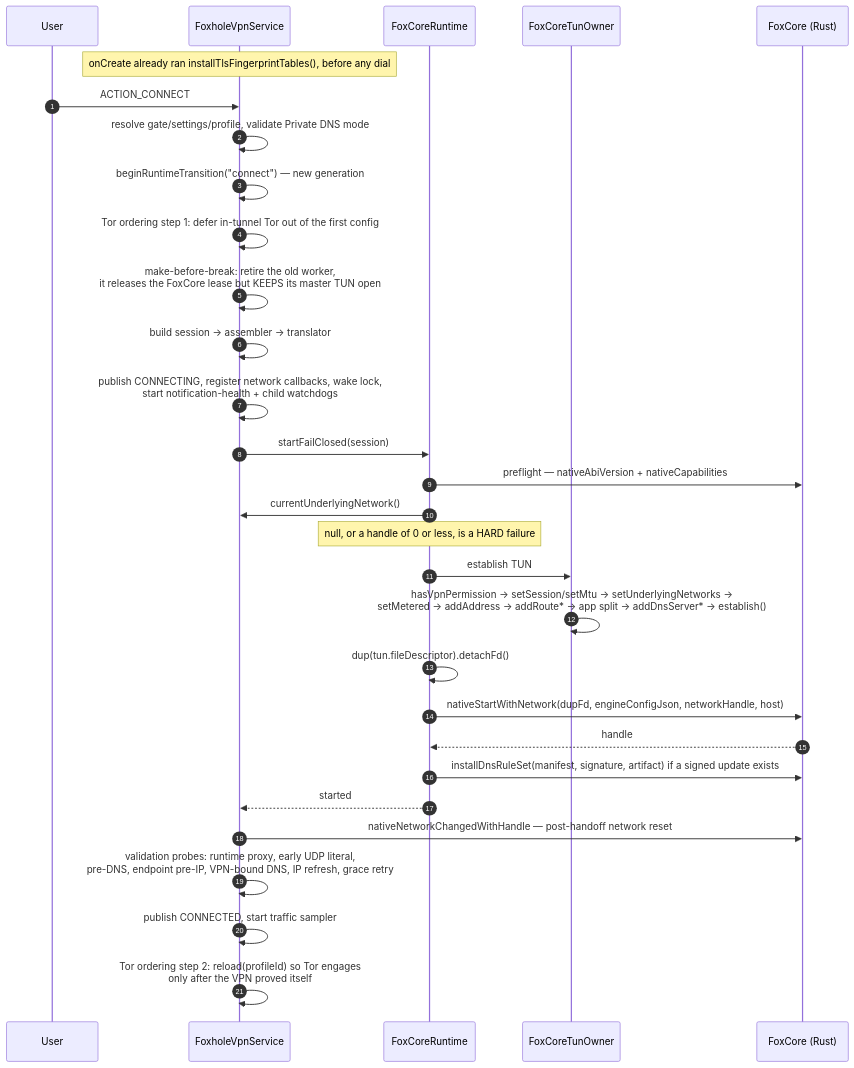
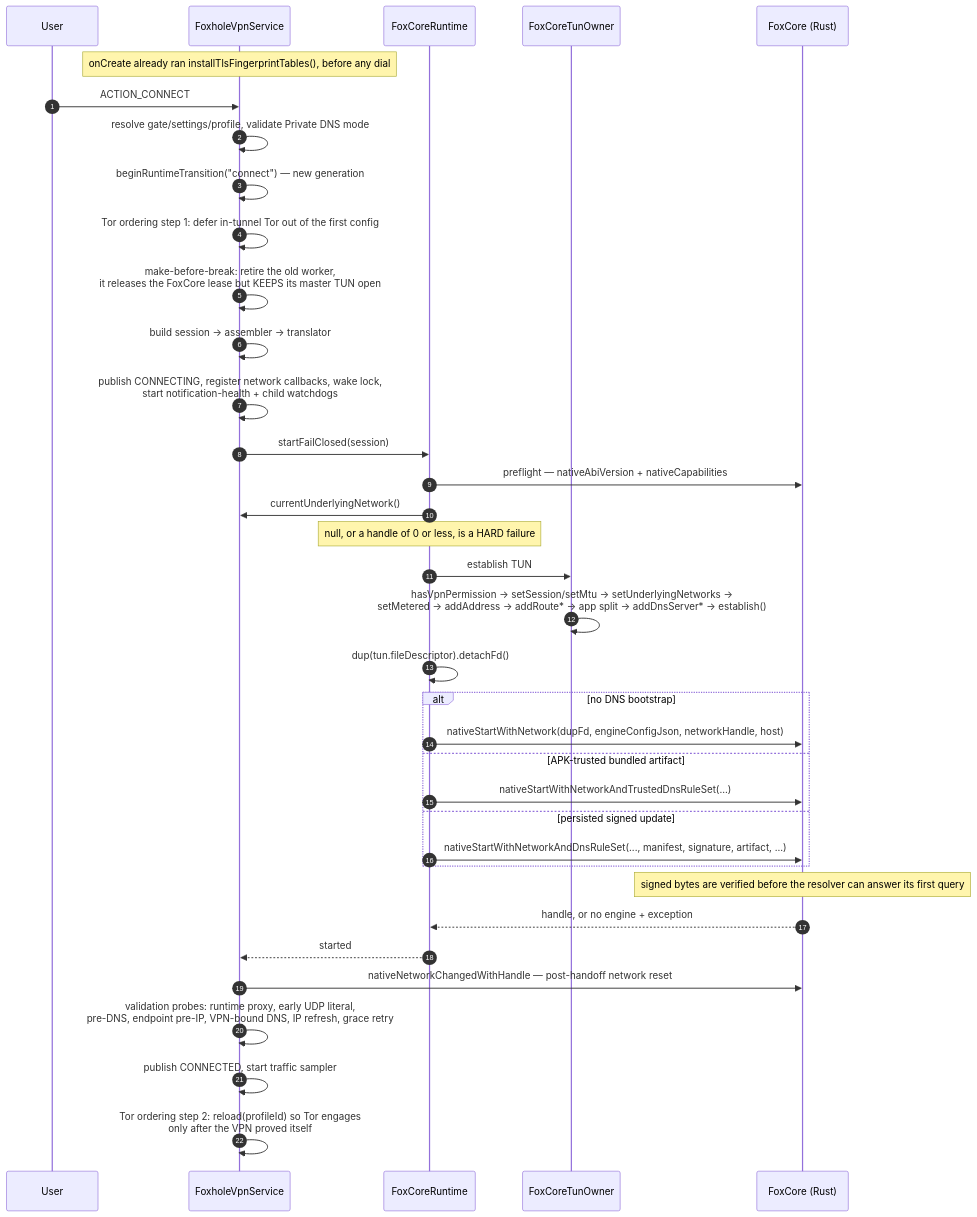
Before and after one commit to foxhole-team/foxhole-core: the fifth of 7 diagrams in docs/architecture/04-app-core-boundary.md, drawn with Mermaid. The commit also changed other lines of this file and 244 other files, not shown here.

````diff
--- a/docs/architecture/04-app-core-boundary.md
+++ b/docs/architecture/04-app-core-boundary.md
@@ -203,33 +210,39 @@
 ```mermaid
 sequenceDiagram
     autonumber
     participant U as User
     participant S as FoxholeVpnService
     participant R as FoxCoreRuntime
     participant O as FoxCoreTunOwner
     participant N as FoxCore (Rust)
 
     Note over S: onCreate already ran installTlsFingerprintTables(), before any dial
     U->>S: ACTION_CONNECT
     S->>S: resolve gate/settings/profile, validate Private DNS mode
     S->>S: beginRuntimeTransition("connect") — new generation
     S->>S: Tor ordering step 1: defer in-tunnel Tor out of the first config
     S->>S: make-before-break: retire the old worker,<br/>it releases the FoxCore lease but KEEPS its master TUN open
     S->>S: build session -> assembler -> translator
     S->>S: publish CONNECTING, register network callbacks, wake lock,<br/>start notification-health + child watchdogs
     S->>R: startFailClosed(session)
     R->>N: preflight — nativeAbiVersion + nativeCapabilities
     R->>S: currentUnderlyingNetwork()
     Note over R: null, or a handle of 0 or less, is a HARD failure
     R->>O: establish TUN
     O->>O: hasVpnPermission -> setSession/setMtu -> setUnderlyingNetworks -><br/>setMetered -> addAddress -> addRoute* -> app split -> addDnsServer* -> establish()
     R->>R: dup(tun.fileDescriptor).detachFd()
-    R->>N: nativeStartWithNetwork(dupFd, engineConfigJson, networkHandle, host)
-    N-->>R: handle
-    R->>N: installDnsRuleSet(manifest, signature, artifact) if a signed update exists
+    alt no DNS bootstrap
+        R->>N: nativeStartWithNetwork(dupFd, engineConfigJson, networkHandle, host)
+    else APK-trusted bundled artifact
+        R->>N: nativeStartWithNetworkAndTrustedDnsRuleSet(...)
+    else persisted signed update
+        R->>N: nativeStartWithNetworkAndDnsRuleSet(..., manifest, signature, artifact, ...)
+    end
+    Note over N: signed bytes are verified before the resolver can answer its first query
+    N-->>R: handle, or no engine + exception
     R-->>S: started
     S->>N: nativeNetworkChangedWithHandle — post-handoff network reset
     S->>S: validation probes: runtime proxy, early UDP literal,<br/>pre-DNS, endpoint pre-IP, VPN-bound DNS, IP refresh, grace retry
     S->>S: publish CONNECTED, start traffic sampler
     S->>S: Tor ordering step 2: reload(profileId) so Tor engages<br/>only after the VPN proved itself
 ```
````
